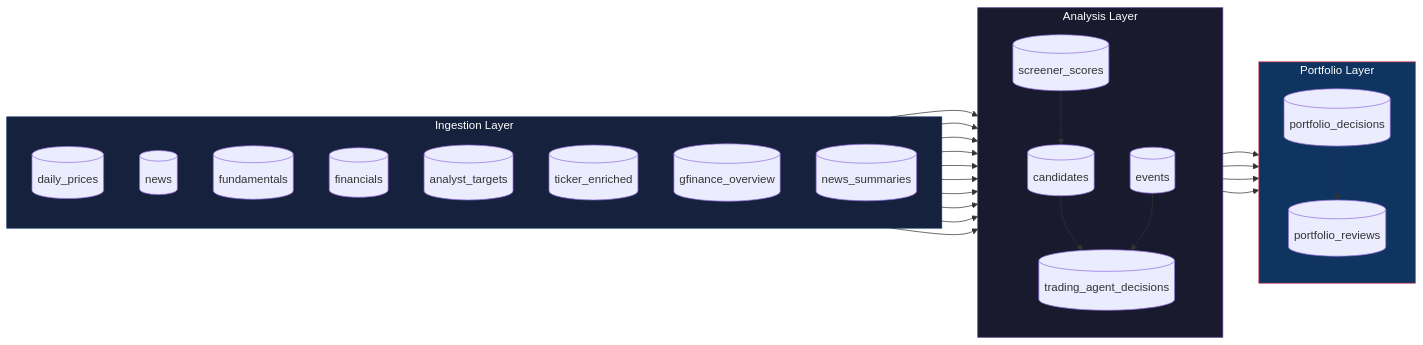
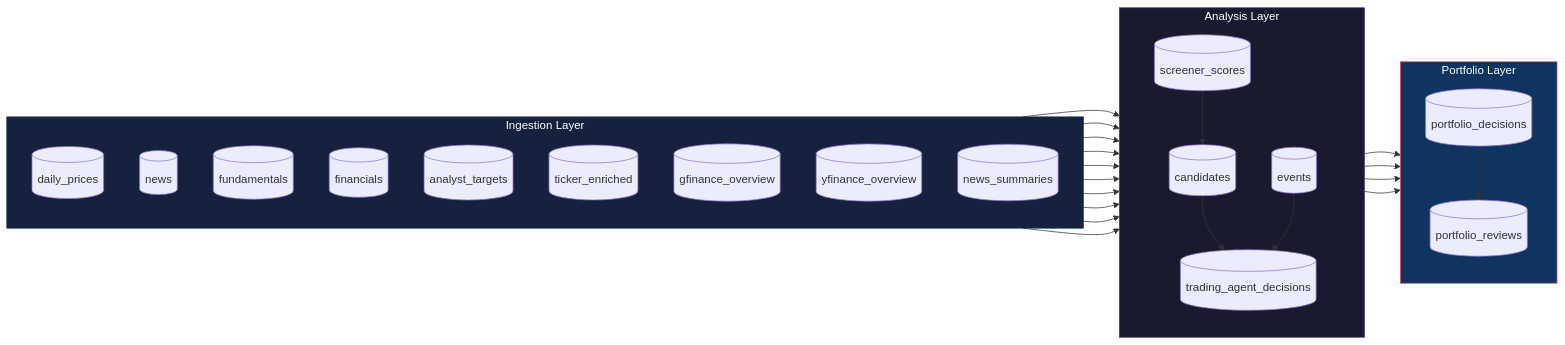
The fifth of 7 diagrams in dump/data_flow.md (ZengSeng/telegram-bot), drawn with Mermaid before and after one commit. The commit also changed other lines of this file and 15 other files, not shown here.

````diff
--- a/dump/data_flow.md
+++ b/dump/data_flow.md
@@ -200,62 +194,63 @@
 ```mermaid
 flowchart LR
     subgraph INGEST["Ingestion Layer"]
         direction TB
         DP[("daily_prices")]
         NU[("news")]
         FU[("fundamentals")]
         FI[("financials")]
         AT[("analyst_targets")]
         TE[("ticker_enriched")]
         GO[("gfinance_overview")]
+        YO[("yfinance_overview")]
         NS[("news_summaries")]
     end
 
     subgraph ANALYSIS["Analysis Layer"]
         direction TB
         SC[("screener_scores")]
         CA[("candidates")]
         EV[("events")]
         TD[("trading_agent_decisions")]
     end
 
     subgraph PORTFOLIO["Portfolio Layer"]
         direction TB
         PD[("portfolio_decisions")]
         PR[("portfolio_reviews")]
     end
 
     %% Screener reads from ingestion
     DP --> SC
     TE --> SC
     FU --> SC
     AT --> SC
 
     %% Events read from ingestion
     DP --> EV
     NU --> EV
     TE --> EV
 
     %% Candidates read from screener
     SC --> CA
 
     %% TradingAgents gated by events + candidates
     CA --> TD
     EV --> TD
     FU --> TD
     TE --> TD
     DP --> TD
 
     %% Portfolio engine reads decisions + scores
     TD --> PD
     SC --> PD
 
     %% Portfolio review reads decisions + analysis
     PD --> PR
     TD --> PR
     SC --> PR
 
     style INGEST fill:#16213e,stroke:#0f3460,color:#fff
     style ANALYSIS fill:#1a1a2e,stroke:#533483,color:#fff
     style PORTFOLIO fill:#0f3460,stroke:#e94560,color:#fff
 ```
````
